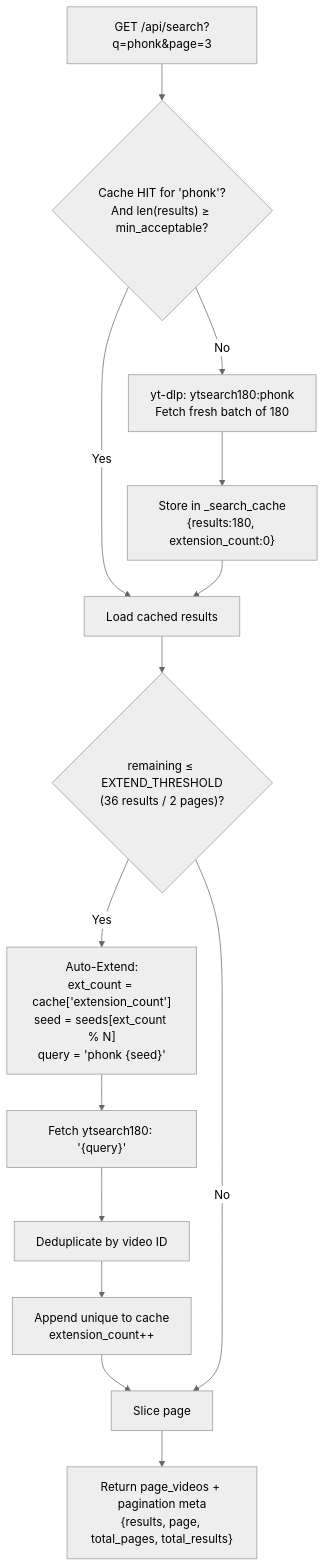
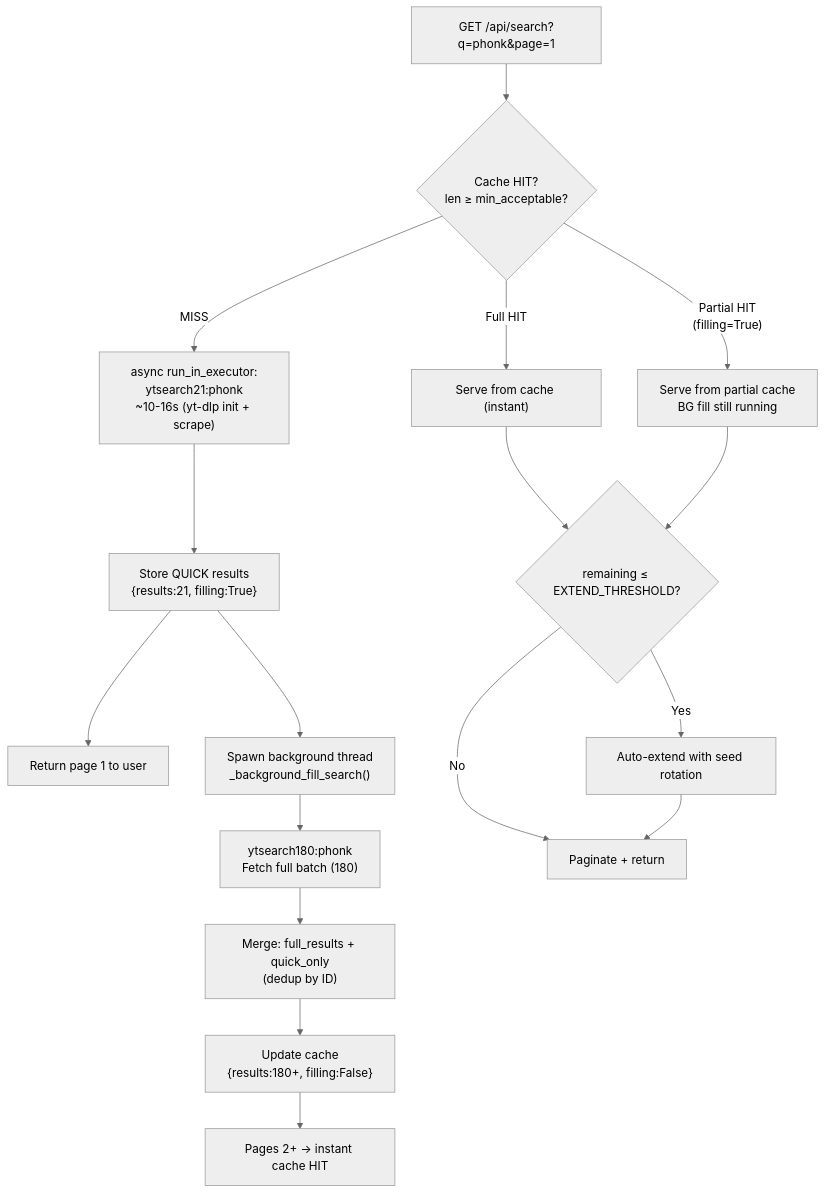
One commit to Utsavstack/YT-Deluxe changed the third of 22 diagrams in ARCHITECTURE.md. Above: the diagram before and after it, drawn with Mermaid (neutral theme). The commit also changed other lines of this file and 1 other file, not shown here.

First line of the commit message:
perf(backend): quick-fetch + background fill for trending & search, async search endpoint, NoneType crash fix

````diff
--- a/ARCHITECTURE.md
+++ b/ARCHITECTURE.md
@@ -468,22 +494,23 @@
 ```mermaid
 flowchart TD
-    A["GET /api/search?q=phonk&page=3"] --> B{"Cache HIT for 'phonk'?\nAnd len(results) ≥ min_acceptable?"}
-    
-    B -- "No" --> C["yt-dlp: ytsearch180:phonk\nFetch fresh batch of 180"]
-    C --> D["Store in _search_cache\n{results:180, extension_count:0}"]
-    
-    B -- "Yes" --> E["Load cached results"]
-    D --> E
+    A["GET /api/search?q=phonk&page=1"] --> B{"Cache HIT?\nlen ≥ min_acceptable?"}
 
-    E --> F{"remaining ≤ EXTEND_THRESHOLD\n(36 results / 2 pages)?"}
-    
-    F -- "Yes" --> G["Auto-Extend:\next_count = cache['extension_count']\nseed = seeds[ext_count % N]\nquery = 'phonk {seed}'"]
-    G --> H["Fetch ytsearch180: '{query}'"]
-    H --> I["Deduplicate by video ID"]
-    I --> J["Append unique to cache\nextension_count++"]
-    J --> K["Slice page"]
+    B -- "Full HIT" --> C["Serve from cache (instant)"]
+    B -- "Partial HIT\n(filling=True)" --> D["Serve from partial cache\nBG fill still running"]
+    B -- "MISS" --> E["async run_in_executor:\nytsearch21:phonk\n~10-16s (yt-dlp init + scrape)"]
 
-    F -- "No" --> K
+    E --> F["Store QUICK results\n{results:21, filling:True}"]
+    F --> G["Return page 1 to user"]
 
-    K --> L["Return page_videos + pagination meta\n{results, page, total_pages, total_results}"]
+    F --> H["Spawn background thread\n_background_fill_search()"]
+    H --> I["ytsearch180:phonk\nFetch full batch (180)"]
+    I --> J["Merge: full_results + quick_only\n(dedup by ID)"]
+    J --> K["Update cache\n{results:180+, filling:False}"]
+    K --> L["Pages 2+ → instant cache HIT"]
+
+    C --> M{"remaining ≤ EXTEND_THRESHOLD?"}
+    D --> M
+    M -- "Yes" --> N["Auto-extend with seed rotation"]
+    M -- "No" --> O["Paginate + return"]
+    N --> O
 ```
````
